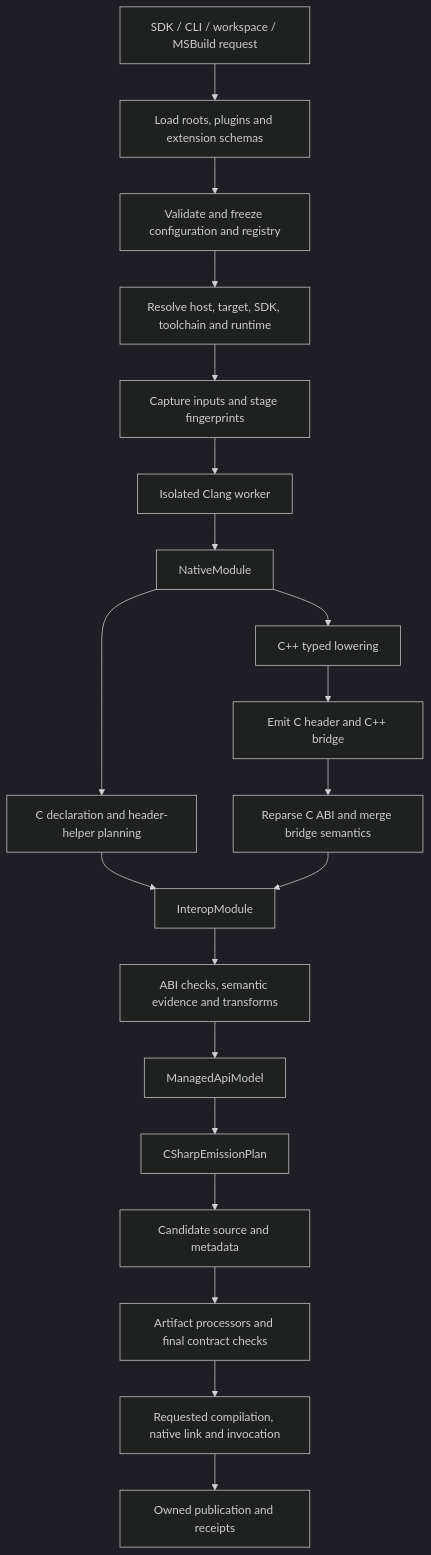
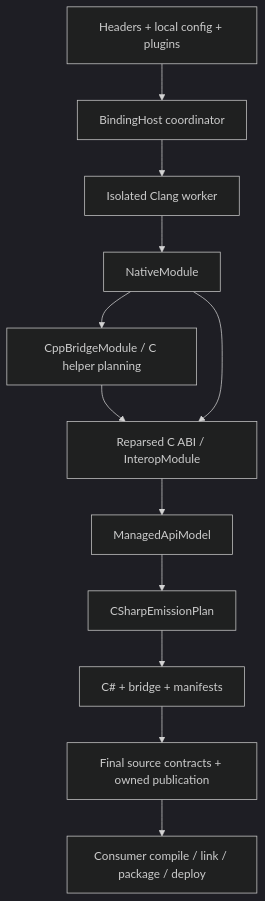
One commit to FLwolfy/BindGen-CS changed the diagram in docs/architecture.md. Above: the diagram before and after it, drawn with Mermaid (dark theme). The commit also changed other lines of this file and 169 other files, not shown here.

````diff
--- a/docs/architecture.md
+++ b/docs/architecture.md
@@ -71,22 +37,14 @@
 ```mermaid
 flowchart TD
-    Input[SDK / CLI / workspace / MSBuild request] --> Bootstrap[Load roots, plugins and extension schemas]
-    Bootstrap --> Freeze[Validate and freeze configuration and registry]
-    Freeze --> Environment[Resolve host, target, SDK, toolchain and runtime]
-    Environment --> Snapshot[Capture inputs and stage fingerprints]
-    Snapshot --> Parse[Isolated Clang worker]
-    Parse --> Native[NativeModule]
-    Native --> C[C declaration and header-helper planning]
-    Native --> Cpp[C++ typed lowering]
-    Cpp --> Bridge[Emit C header and C++ bridge]
-    Bridge --> Reparse[Reparse C ABI and merge bridge semantics]
-    C --> Interop[InteropModule]
-    Reparse --> Interop
-    Interop --> Safety[ABI checks, semantic evidence and transforms]
-    Safety --> Managed[ManagedApiModel]
+    Input[Headers + local config + plugins] --> Host[BindingHost coordinator]
+    Host --> Worker[Isolated Clang worker]
+    Worker --> Native[NativeModule]
+    Native --> Bridge[CppBridgeModule / C helper planning]
+    Bridge --> ABI[Reparsed C ABI / InteropModule]
+    Native --> ABI
+    ABI --> Managed[ManagedApiModel]
     Managed --> Plan[CSharpEmissionPlan]
-    Plan --> Emit[Candidate source and metadata]
-    Emit --> Process[Artifact processors and final contract checks]
-    Process --> Validate[Requested compilation, native link and invocation]
-    Validate --> Publish[Owned publication and receipts]
+    Plan --> Output[C# + bridge + manifests]
+    Output --> Checks[Final source contracts + owned publication]
+    Checks --> External[Consumer compile / link / package / deploy]
 ```
````
